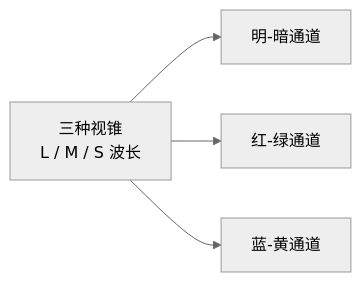
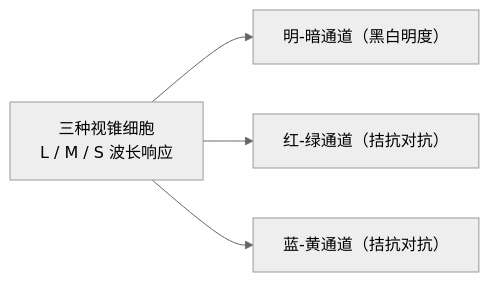
One commit to yingwang/photography-book changed the diagram in docs/04-color.md. Above: the diagram before and after it, drawn with Mermaid (neutral theme). The commit also changed other lines of this file and 16 other files, not shown here.

````diff
--- a/docs/04-color.md
+++ b/docs/04-color.md
@@ -84,6 +118,6 @@
 ```mermaid
 graph LR
-    A["三种视锥<br/>L / M / S 波长"] --> B["明-暗通道"]
-    A --> C["红-绿通道"]
-    A --> D["蓝-黄通道"]
+    A["三种视锥细胞<br/>L / M / S 波长响应"] --> B["明-暗通道（黑白明度）"]
+    A --> C["红-绿通道（拮抗对抗）"]
+    A --> D["蓝-黄通道（拮抗对抗）"]
 ```
````
